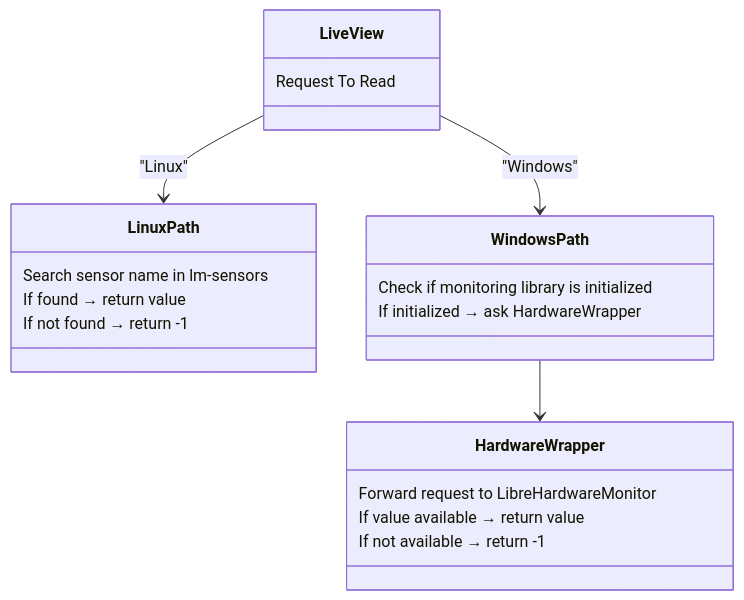
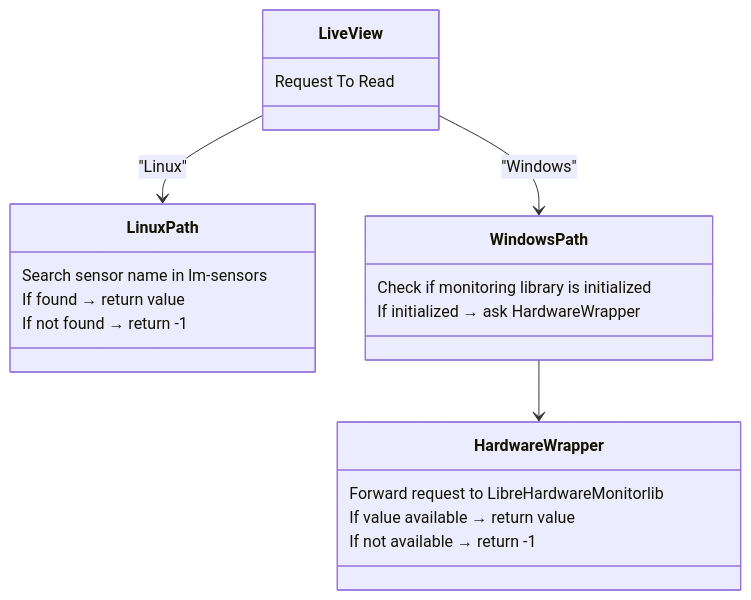
Before and after one commit to gafoo173/HardView: the fourth of 4 diagrams in README.md, drawn with Mermaid. The commit also changed other lines of this file, not shown here.

````diff
--- a/README.md
+++ b/README.md
@@ -258,31 +258,31 @@
 ```mermaid
 classDiagram
     class LiveView {
         Request To Read
     }
 
     %% Linux path
     class LinuxPath {
         Search sensor name in lm-sensors
         If found → return value
         If not found → return -1
     }
 
     %% Windows path
     class WindowsPath {
         Check if monitoring library is initialized
         If initialized → ask HardwareWrapper
     }
 
     class HardwareWrapper {
-        Forward request to LibreHardwareMonitor
+        Forward request to LibreHardwareMonitorlib
         If value available → return value
         If not available → return -1
     }
 
     %% Relations
     LiveView --> LinuxPath : "Linux"
     LiveView --> WindowsPath : "Windows"
     WindowsPath --> HardwareWrapper
 
 ```
````
